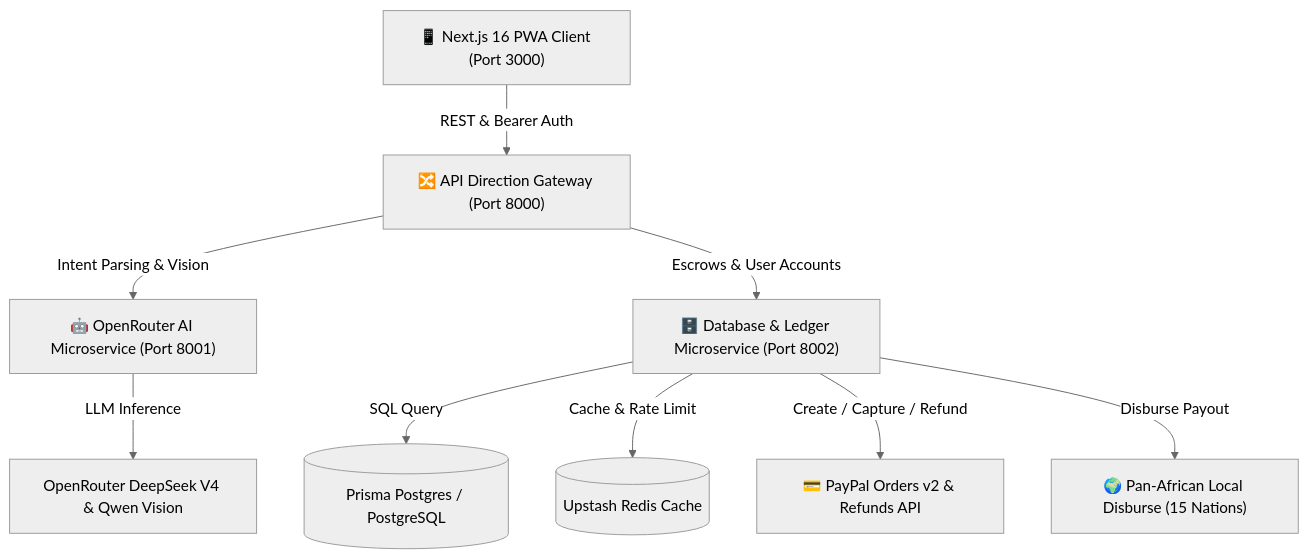
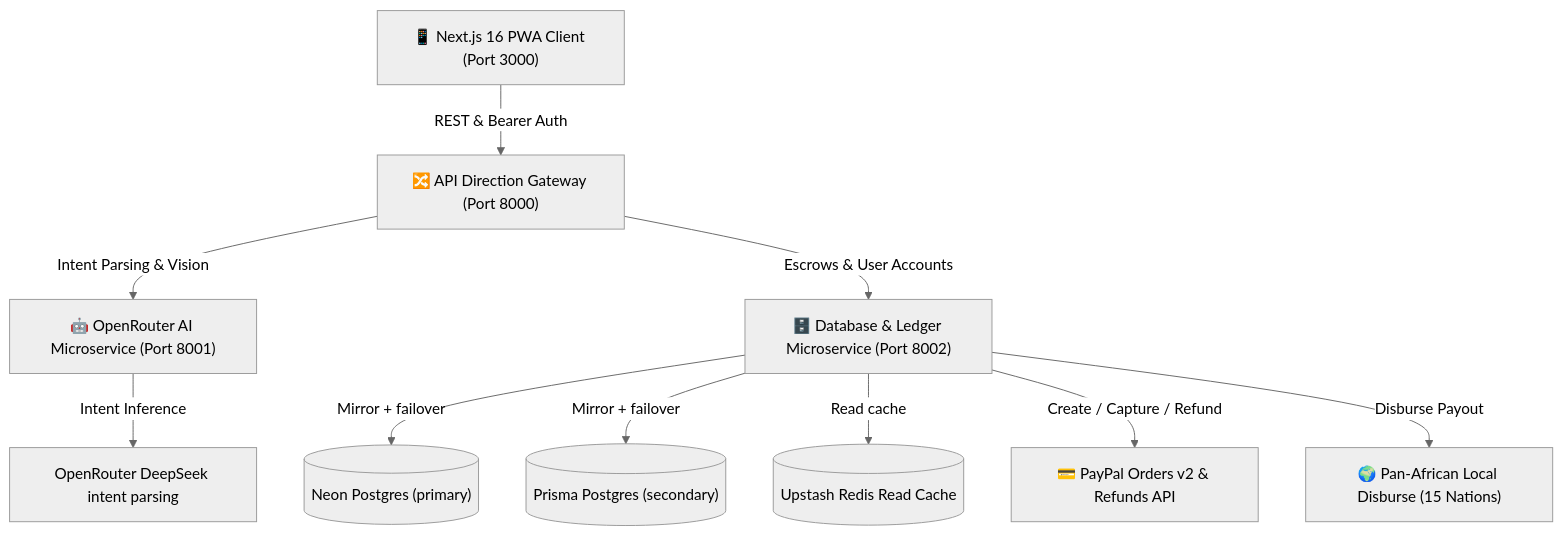
Before and after one commit to an-nita-llc/ezri-africa: the first of 2 diagrams in README.md, drawn with Mermaid (neutral theme). The commit also changed other lines of this file and 12 other files, not shown here.

Commit message:
Add Neon + Prisma failover and Upstash read cache

````diff
--- a/README.md
+++ b/README.md
@@ -32,20 +32,22 @@
 ```mermaid
 graph TD
     Client["📱 Next.js 16 PWA Client (Port 3000)"]
     Gateway["🔀 API Direction Gateway (Port 8000)"]
     AIService["🤖 OpenRouter AI Microservice (Port 8001)"]
     DBService["🗄️ Database & Ledger Microservice (Port 8002)"]
-    PrismaPostgres[("Prisma Postgres / PostgreSQL")]
-    UpstashRedis[("Upstash Redis Cache")]
+    NeonPG[("Neon Postgres (primary)")]
+    PrismaPG[("Prisma Postgres (secondary)")]
+    UpstashRedis[("Upstash Redis Read Cache")]
     PayPalAPI["💳 PayPal Orders v2 & Refunds API"]
     DisburseRails["🌍 Pan-African Local Disburse (15 Nations)"]
 
     Client -->|REST & Bearer Auth| Gateway
     Gateway -->|Intent Parsing & Vision| AIService
     Gateway -->|Escrows & User Accounts| DBService
-    AIService -->|LLM Inference| OpenRouter["OpenRouter DeepSeek V4 & Qwen Vision"]
-    DBService -->|SQL Query| PrismaPostgres
-    DBService -->|Cache & Rate Limit| UpstashRedis
+    AIService -->|Intent Inference| OpenRouter["OpenRouter DeepSeek intent parsing"]
+    DBService -->|Mirror + failover| NeonPG
+    DBService -->|Mirror + failover| PrismaPG
+    DBService -->|Read cache| UpstashRedis
     DBService -->|Create / Capture / Refund| PayPalAPI
     DBService -->|Disburse Payout| DisburseRails
 ```
````
